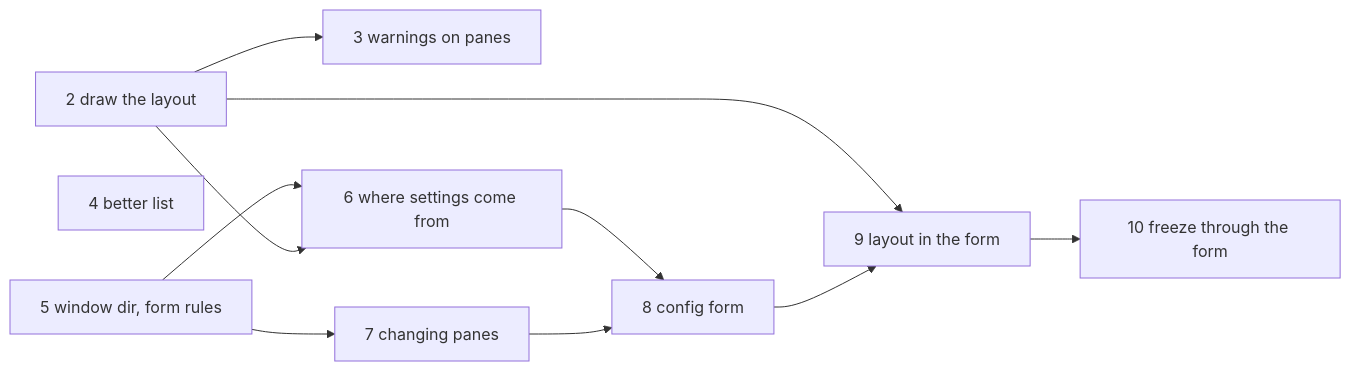
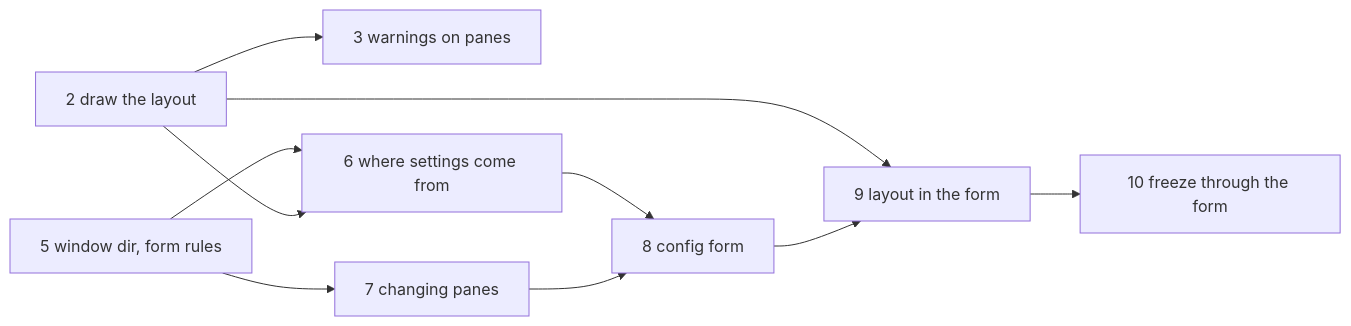
One commit to medilies/weaver changed the diagram in docs/backlog.md. Above: the diagram before and after it, drawn with Mermaid. The commit also changed other lines of this file and 6 other files, not shown here.

````diff
--- a/docs/backlog.md
+++ b/docs/backlog.md
@@ -46,12 +45,11 @@
 ```mermaid
 flowchart LR
     T2[2 draw the layout] --> T3[3 warnings on panes]
     T2 --> T6[6 where settings come from]
-    T4[4 better list]
     T5[5 window dir, form rules] --> T6
     T5 --> T7[7 changing panes]
     T7 --> T8[8 config form]
     T6 --> T8
     T8 --> T9[9 layout in the form] --> T10[10 freeze through the form]
     T2 --> T9
 ```
````
